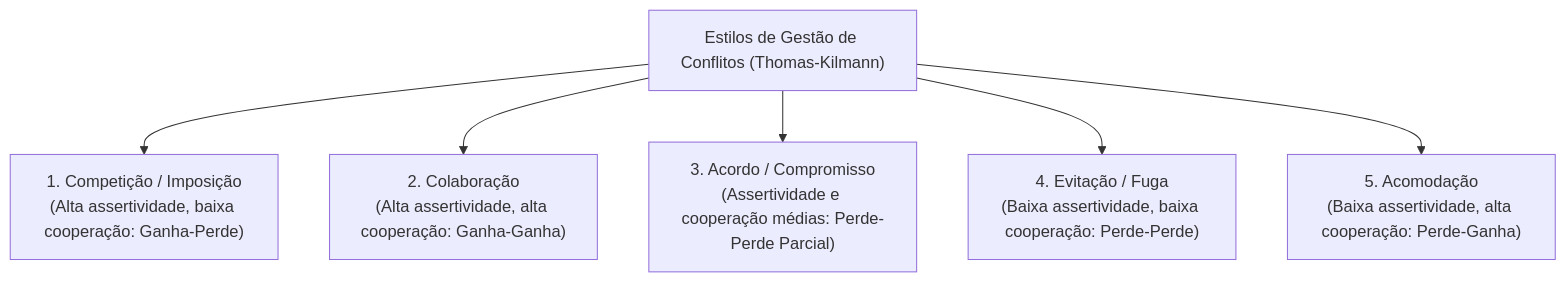
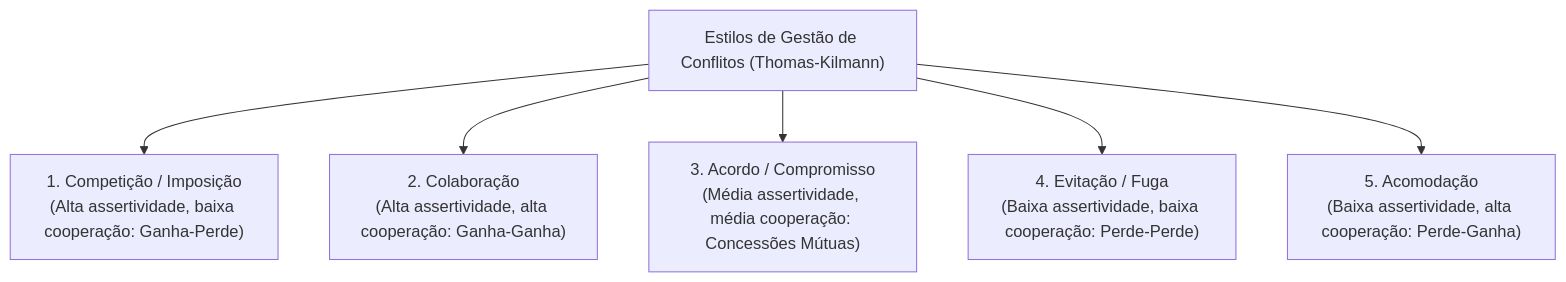
The sixth of 6 diagrams in fontes_de_estudo/conhecimentos_especificos_a01_tecnico_administrativo/21_nocoes_de_administracao_publica/04_planejamento_estrategico_indicadores_e_gestao_por_competencias.md (thiagosantos346/TCE-GO-2027), drawn with Mermaid before and after one commit. The commit also changed other lines of this file and 119 other files, not shown here.

````diff
--- a/fontes_de_estudo/conhecimentos_especificos_a01_tecnico_administrativo/21_nocoes_de_administracao_publica/04_planejamento_estrategico_indicadores_e_gestao_por_competencias.md
+++ b/fontes_de_estudo/conhecimentos_especificos_a01_tecnico_administrativo/21_nocoes_de_administracao_publica/04_planejamento_estrategico_indicadores_e_gestao_por_competencias.md
@@ -192,10 +263,10 @@
 ```mermaid
 flowchart TD
     Estilos["Estilos de Gestão de Conflitos (Thomas-Kilmann)"]
     
     Estilos --> Comp["1. Competição / Imposição<br/>(Alta assertividade, baixa cooperação: Ganha-Perde)"]
     Estilos --> Colab["2. Colaboração<br/>(Alta assertividade, alta cooperação: Ganha-Ganha)"]
-    Estilos --> Acordo["3. Acordo / Compromisso<br/>(Assertividade e cooperação médias: Perde-Perde Parcial)"]
+    Estilos --> Acordo["3. Acordo / Compromisso<br/>(Média assertividade, média cooperação: Concessões Mútuas)"]
     Estilos --> Evit["4. Evitação / Fuga<br/>(Baixa assertividade, baixa cooperação: Perde-Perde)"]
     Estilos --> Acom["5. Acomodação<br/>(Baixa assertividade, alta cooperação: Perde-Ganha)"]
 ```
````
